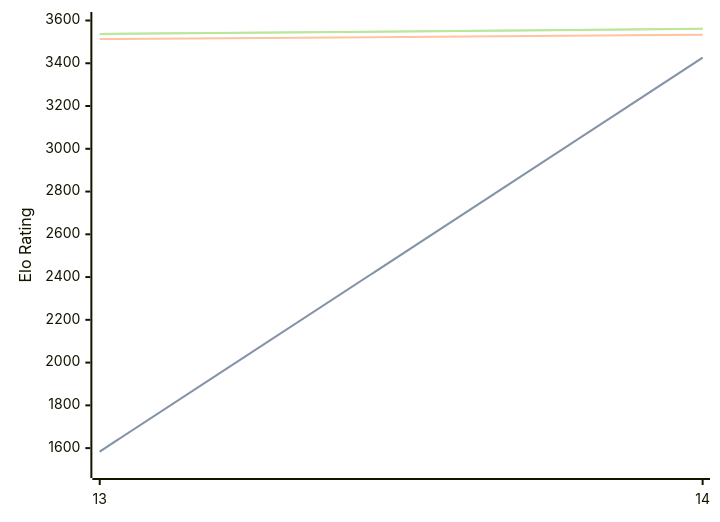
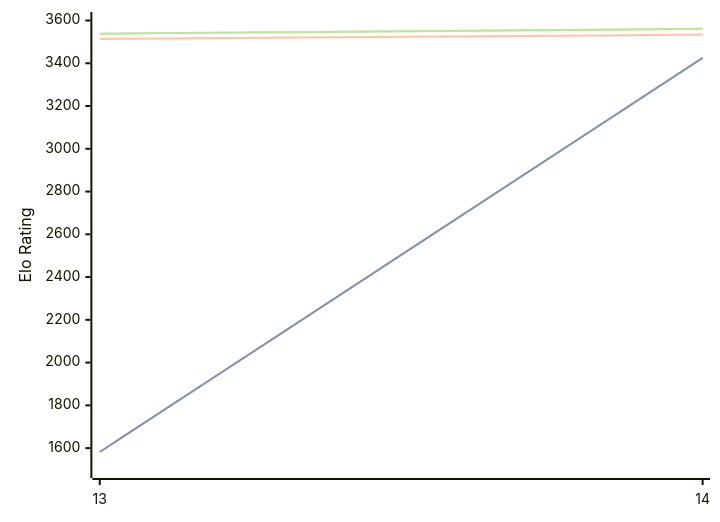
The third of 3 diagrams in engines/Berserk.md (computer-chess-index/cci), drawn with Mermaid before and after one commit. The commit also changed other lines of this file, not shown here.

Commit message:
Update CCI Ratings (ELO VLTC) - 2026-06-30

````diff
--- a/engines/Berserk.md
+++ b/engines/Berserk.md
@@ -96,11 +96,11 @@
 ```mermaid
 %%{init: {"theme":"base","themeVariables":{"seriesColors:['#a3a3a3','#222221','#faa371']}}}%%
 xychart-beta
   x-axis ["13", "14"]
   y-axis "Elo Rating" 1500 --> 3600
-  line "STC (8.0+0.08s)" [1584, 3426]
-  line "STC (8.0+0.08s)" [1584, 3426]
-  line "LTC (60.0+0.60s)" [3513, 3533]
-  line "VLTC (2m24s+1.12s)" [3537, 3561]
-  line "VLTC (2m24s+1.12s)" [3537, 3561]
+  line "STC (8.0+0.08s)" [1582, 3425]
+  line "STC (8.0+0.08s)" [1582, 3425]
+  line "LTC (60.0+0.60s)" [3514, 3534]
+  line "VLTC (2m24s+1.12s)" [3538, 3561]
+  line "VLTC (2m24s+1.12s)" [3538, 3561]
 ```
````
